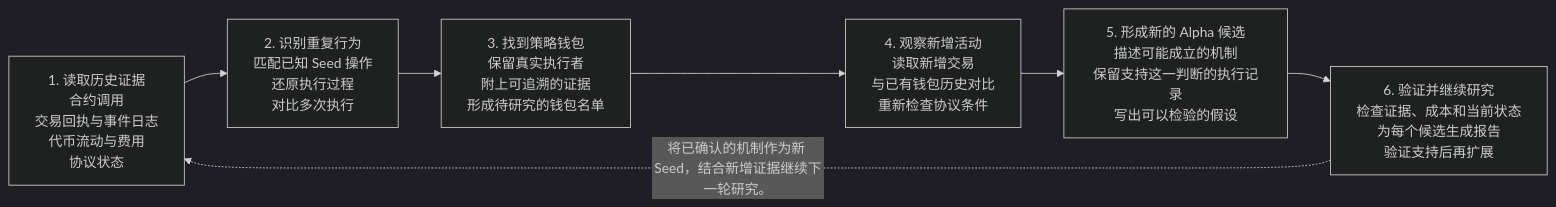
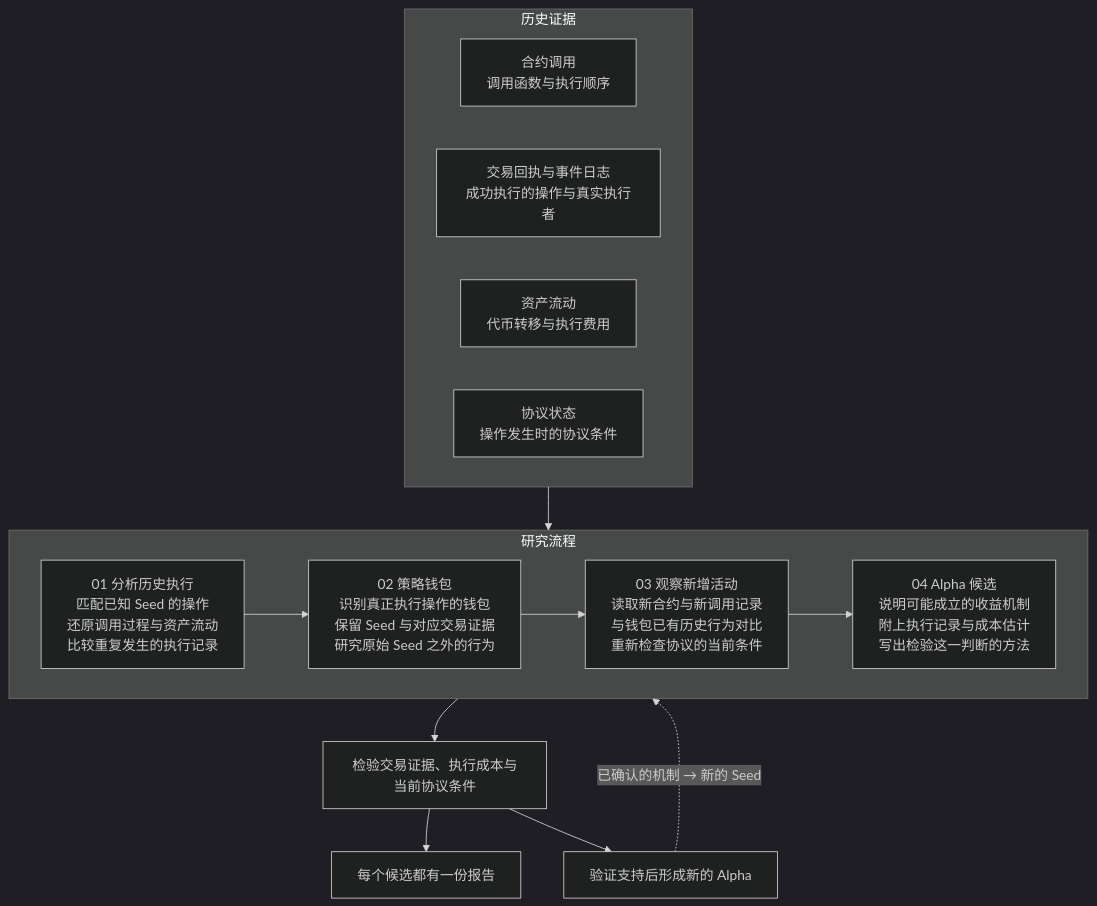
One commit to qinyh10300/protocol-alpha-finder changed the diagram in docs/diagrams/data-architecture-zh-CN.mmd. Above: the diagram before and after it, drawn with Mermaid (dark theme). The commit also changed 15 other files, not shown here.

Commit message:
docs: use nested research diagrams with explicit control and evidence paths

```diff
--- a/docs/diagrams/data-architecture-zh-CN.mmd
+++ b/docs/diagrams/data-architecture-zh-CN.mmd
@@ -1,13 +1,27 @@
-flowchart LR
-    N0["1. 读取历史证据<br/>合约调用<br/>交易回执与事件日志<br/>代币流动与费用<br/>协议状态"]
-    N1["2. 识别重复行为<br/>匹配已知 Seed 操作<br/>还原执行过程<br/>对比多次执行"]
-    N0 --> N1
-    N2["3. 找到策略钱包<br/>保留真实执行者<br/>附上可追溯的证据<br/>形成待研究的钱包名单"]
-    N1 --> N2
-    N3["4. 观察新增活动<br/>读取新增交易<br/>与已有钱包历史对比<br/>重新检查协议条件"]
-    N2 --> N3
-    N4["5. 形成新的 Alpha 候选<br/>描述可能成立的机制<br/>保留支持这一判断的执行记录<br/>写出可以检验的假设"]
-    N3 --> N4
-    N5["6. 验证并继续研究<br/>检查证据、成本和当前状态<br/>为每个候选生成报告<br/>验证支持后再扩展"]
-    N4 --> N5
-    N5 -. "将已确认的机制作为新 Seed，结合新增证据继续下一轮研究。" .-> N0
+flowchart TB
+    subgraph HISTORY["历史证据"]
+        direction LR
+        E0["合约调用<br/>调用函数与执行顺序"]
+        E1["交易回执与事件日志<br/>成功执行的操作与真实执行者"]
+        E2["资产流动<br/>代币转移与执行费用"]
+        E3["协议状态<br/>操作发生时的协议条件"]
+    end
+    subgraph WORKFLOW["研究流程"]
+        direction LR
+        N0["01 分析历史执行<br/>匹配已知 Seed 的操作<br/>还原调用过程与资产流动<br/>比较重复发生的执行记录"]
+        N1["02 策略钱包<br/>识别真正执行操作的钱包<br/>保留 Seed 与对应交易证据<br/>研究原始 Seed 之外的行为"]
+        N0 --> N1
+        N2["03 观察新增活动<br/>读取新合约与新调用记录<br/>与钱包已有历史行为对比<br/>重新检查协议的当前条件"]
+        N1 --> N2
+        N3["04 Alpha 候选<br/>说明可能成立的收益机制<br/>附上执行记录与成本估计<br/>写出检验这一判断的方法"]
+        N2 --> N3
+    end
+    HISTORY --> WORKFLOW
+    V["检验交易证据、执行成本与当前协议条件"]
+    N3 --> V
+    R["每个候选都有一份报告"]
+    A["验证支持后形成新的 Alpha"]
+    V --> R
+    V --> A
+    A -. "已确认的机制 → 新的 Seed" .-> N0
+    %% 观察指重复采集与复查钱包活动；当前工作流由手动启动这些检查。
```
